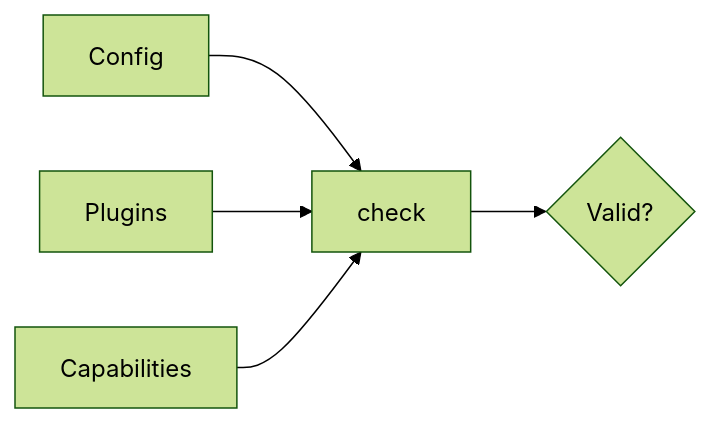
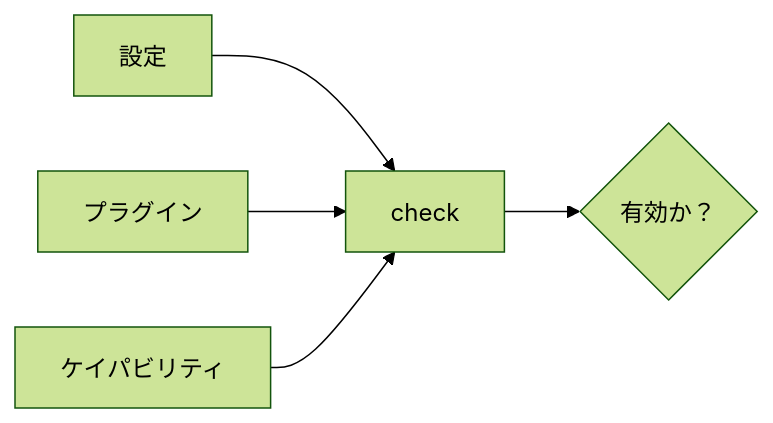
Before and after one commit to Rerurate514/riebeckite: the second of 6 diagrams in docs/docs/reference/cli.ja.md, drawn with Mermaid (forest theme). The commit also changed other lines of this file and 310 other files, not shown here.

````diff
--- a/docs/docs/reference/cli.ja.md
+++ b/docs/docs/reference/cli.ja.md
@@ -307,12 +261,12 @@
 ```mermaid id="8ewhbp"
 flowchart LR
-    Config["Config"]
-    Plugins["Plugins"]
-    Capability["Capabilities"]
+    Config["設定"]
+    Plugins["プラグイン"]
+    Capability["ケイパビリティ"]
 
     Config --> Check["check"]
     Plugins --> Check
     Capability --> Check
 
-    Check --> Result{"Valid?"}
+    Check --> Result{"有効か？"}
 ```
````
